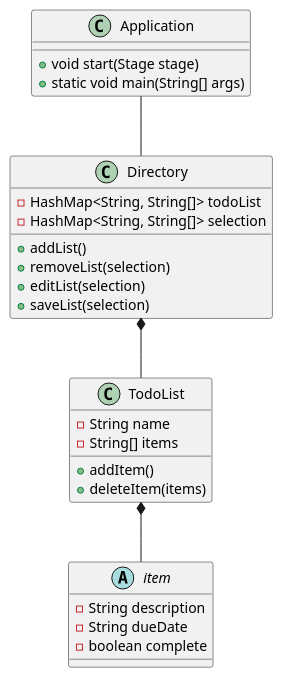
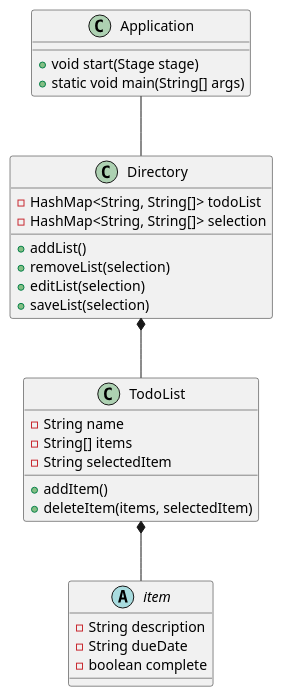
One commit to aidane1023/earnest-app1-design changed the diagram in earnest-app1-design/docs/App1 UML.puml. Above: the diagram before and after it, drawn with PlantUML. The commit also changed 5 other files, not shown here.

```diff
--- a/earnest-app1-design/docs/App1 UML.puml
+++ b/earnest-app1-design/docs/App1 UML.puml
@@ -1,38 +1,39 @@
 @startuml
 
 class Application
 class Directory
 class TodoList
 abstract class  item
 
 Application -- Directory
 Directory *-- TodoList
 TodoList *-- item
 
 abstract class item {
     - String description
     - String dueDate
     - boolean complete
 }
 
 class TodoList {
     - String name
     - String[] items
+    - String selectedItem
     + addItem()
-    + deleteItem(items)
+    + deleteItem(items, selectedItem)
 }
 
 class Directory {
     - HashMap<String, String[]> todoList
     - HashMap<String, String[]> selection
     + addList()
     + removeList(selection)
     + editList(selection)
     + saveList(selection)
 }
 
 class Application {
     + void start(Stage stage)
     + static void main(String[] args)
 }
 @enduml
```
